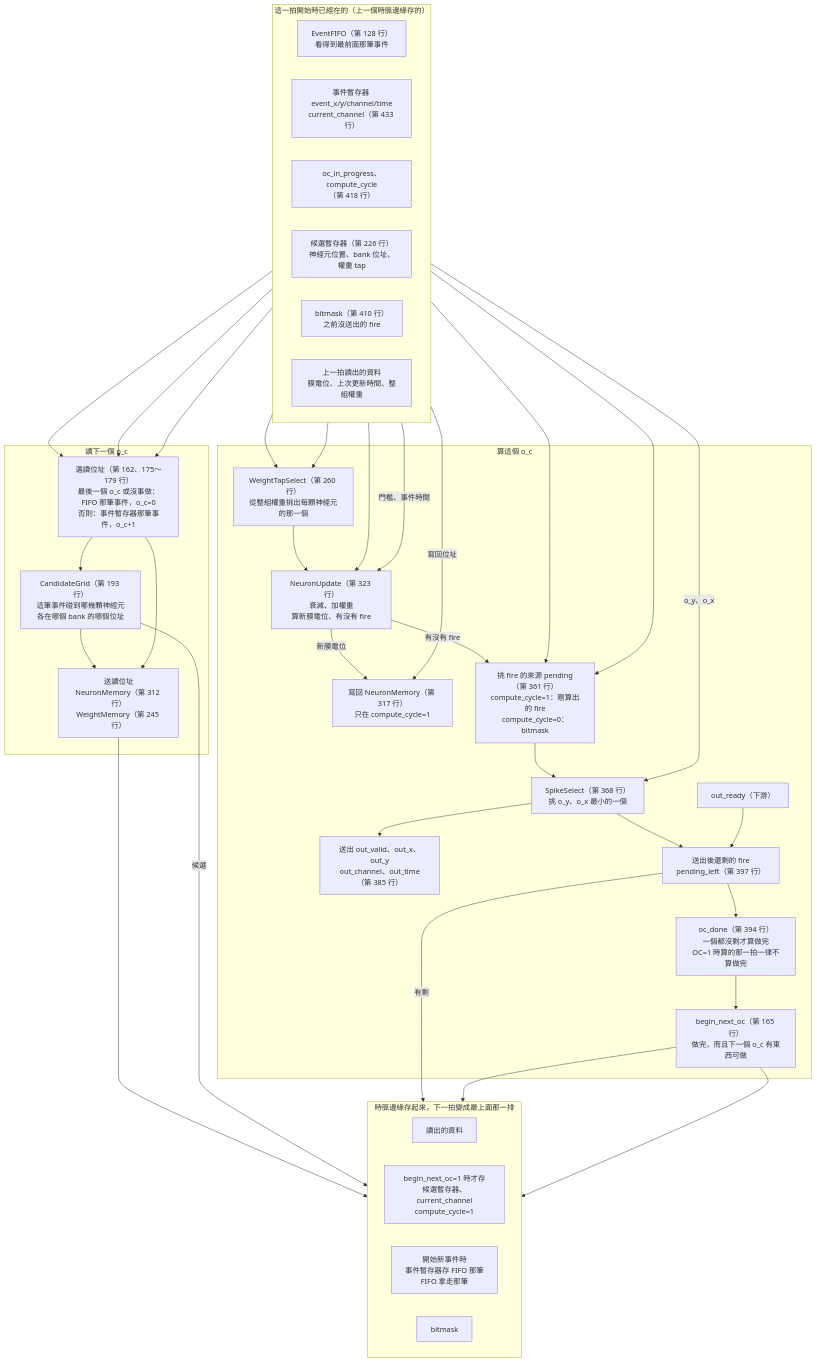
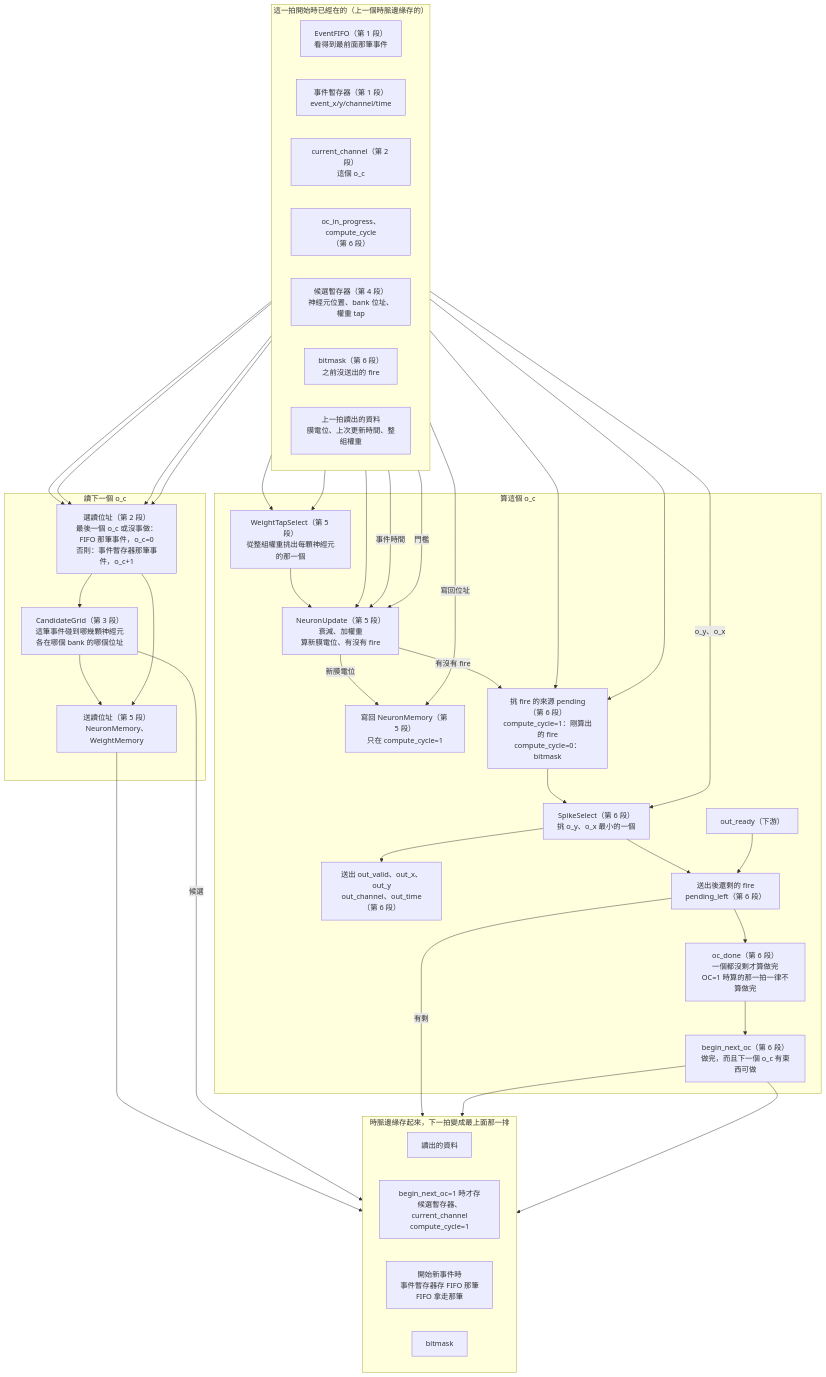
The diagram in docs/SNN/Concept/Layer-RTL/Conv-image/SaltConvDataflow.md (Salt-Shio/SALT-FPGA), drawn with Mermaid before and after one commit. The commit also changed other lines of this file and 6 other files, not shown here.

First line of the commit message:
Part 8.1 完成:補資料流程圖、狀態圖,刪舊的無腦版狀態圖;TODO 交接下一步拆級/o_c 重疊

````diff
--- a/docs/SNN/Concept/Layer-RTL/Conv-image/SaltConvDataflow.md
+++ b/docs/SNN/Concept/Layer-RTL/Conv-image/SaltConvDataflow.md
@@ -12,69 +24,72 @@
 ```mermaid
 flowchart TD
     subgraph NOW["這一拍開始時已經在的（上一個時脈邊緣存的）"]
         direction LR
-        FIFO["EventFIFO（第 128 行）<br/>看得到最前面那筆事件"]
-        EVREG["事件暫存器 event_x/y/channel/time<br/>current_channel（第 433 行）"]
-        CTRL["oc_in_progress、compute_cycle<br/>（第 418 行）"]
-        CAND["候選暫存器（第 226 行）<br/>神經元位置、bank 位址、權重 tap"]
-        BM["bitmask（第 410 行）<br/>之前沒送出的 fire"]
+        FIFO["EventFIFO（第 1 段）<br/>看得到最前面那筆事件"]
+        EVREG["事件暫存器（第 1 段）<br/>event_x/y/channel/time"]
+        CUR["current_channel（第 2 段）<br/>這個 o_c"]
+        CTRL["oc_in_progress、compute_cycle<br/>（第 6 段）"]
+        CAND["候選暫存器（第 4 段）<br/>神經元位置、bank 位址、權重 tap"]
+        BM["bitmask（第 6 段）<br/>之前沒送出的 fire"]
         RDATA["上一拍讀出的資料<br/>膜電位、上次更新時間、整組權重"]
     end
 
     subgraph READ["讀下一個 o_c"]
-        ADDR["選讀位址（第 162、175～179 行）<br/>最後一個 o_c 或沒事做：FIFO 那筆事件，o_c=0<br/>否則：事件暫存器那筆事件，o_c+1"]
-        GRID["CandidateGrid（第 193 行）<br/>這筆事件碰到哪幾顆神經元<br/>各在哪個 bank 的哪個位址"]
-        RDREQ["送讀位址<br/>NeuronMemory（第 312 行）<br/>WeightMemory（第 245 行）"]
+        ADDR["選讀位址（第 2 段）<br/>最後一個 o_c 或沒事做：FIFO 那筆事件，o_c=0<br/>否則：事件暫存器那筆事件，o_c+1"]
+        GRID["CandidateGrid（第 3 段）<br/>這筆事件碰到哪幾顆神經元<br/>各在哪個 bank 的哪個位址"]
+        RDREQ["送讀位址（第 5 段）<br/>NeuronMemory、WeightMemory"]
     end
 
     subgraph CALC["算這個 o_c"]
-        TAP["WeightTapSelect（第 260 行）<br/>從整組權重挑出每顆神經元的那一個"]
-        UPD["NeuronUpdate（第 323 行）<br/>衰減、加權重<br/>算新膜電位、有沒有 fire"]
-        WB["寫回 NeuronMemory（第 317 行）<br/>只在 compute_cycle=1"]
-        PEND["挑 fire 的來源 pending（第 361 行）<br/>compute_cycle=1：剛算出的 fire<br/>compute_cycle=0：bitmask"]
-        SS["SpikeSelect（第 368 行）<br/>挑 o_y、o_x 最小的一個"]
-        OUT["送出 out_valid、out_x、out_y<br/>out_channel、out_time（第 385 行）"]
+        TAP["WeightTapSelect（第 5 段）<br/>從整組權重挑出每顆神經元的那一個"]
+        UPD["NeuronUpdate（第 5 段）<br/>衰減、加權重<br/>算新膜電位、有沒有 fire"]
+        WB["寫回 NeuronMemory（第 5 段）<br/>只在 compute_cycle=1"]
+        PEND["挑 fire 的來源 pending（第 6 段）<br/>compute_cycle=1：剛算出的 fire<br/>compute_cycle=0：bitmask"]
+        SS["SpikeSelect（第 6 段）<br/>挑 o_y、o_x 最小的一個"]
+        OUT["送出 out_valid、out_x、out_y<br/>out_channel、out_time（第 6 段）"]
         READY["out_ready（下游）"]
-        LEFT["送出後還剩的 fire<br/>pending_left（第 397 行）"]
-        DONE["oc_done（第 394 行）<br/>一個都沒剩才算做完<br/>OC=1 時算的那一拍一律不算做完"]
-        BEGIN["begin_next_oc（第 165 行）<br/>做完，而且下一個 o_c 有東西可做"]
+        LEFT["送出後還剩的 fire<br/>pending_left（第 6 段）"]
+        DONE["oc_done（第 6 段）<br/>一個都沒剩才算做完<br/>OC=1 時算的那一拍一律不算做完"]
+        BEGIN["begin_next_oc（第 6 段）<br/>做完，而且下一個 o_c 有東西可做"]
     end
 
     subgraph NEXT["時脈邊緣存起來，下一拍變成最上面那一排"]
         direction LR
         N_RDATA["讀出的資料"]
         N_REGS["begin_next_oc=1 時才存<br/>候選暫存器、current_channel<br/>compute_cycle=1"]
         N_EV["開始新事件時<br/>事件暫存器存 FIFO 那筆<br/>FIFO 拿走那筆"]
         N_BM["bitmask"]
     end
 
     FIFO --> ADDR
     EVREG --> ADDR
+    CUR --> ADDR
     CTRL --> ADDR
     ADDR --> GRID
     GRID --> RDREQ
     ADDR --> RDREQ
     RDREQ --> N_RDATA
     GRID -->|"候選"| N_REGS
 
     RDATA --> TAP
     CAND --> TAP
     TAP --> UPD
     RDATA --> UPD
-    EVREG -->|"門檻、事件時間"| UPD
+    EVREG -->|"事件時間"| UPD
+    CUR -->|"門檻"| UPD
     UPD -->|"新膜電位"| WB
     CAND -->|"寫回位址"| WB
     UPD -->|"有沒有 fire"| PEND
     BM --> PEND
     CTRL --> PEND
     PEND --> SS
     CAND -->|"o_y、o_x"| SS
     SS --> OUT
     SS --> LEFT
     READY --> LEFT
     LEFT -->|"有剩"| N_BM
     LEFT --> DONE
     DONE --> BEGIN
     BEGIN --> N_REGS
     BEGIN --> N_EV
 ```
````
